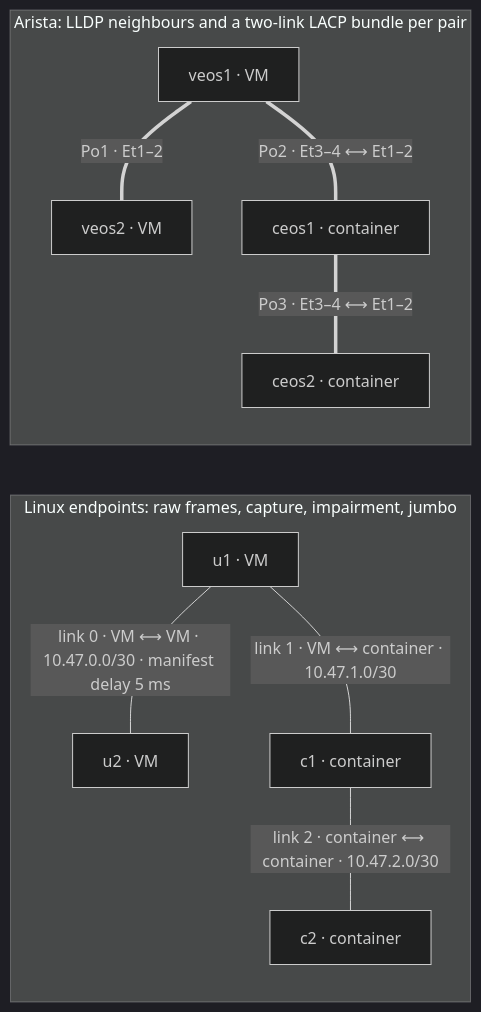
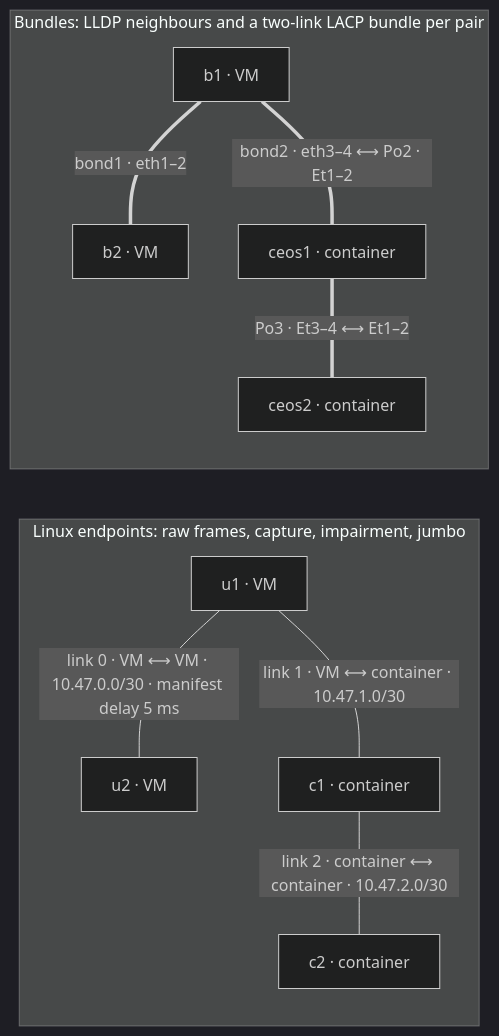
One commit to bwks/sherpa changed the diagram in tests/labs/p2p-links/README.md. Above: the diagram before and after it, drawn with Mermaid (dark theme). The commit also changed other lines of this file and 12 other files, not shown here.

````diff
--- a/tests/labs/p2p-links/README.md
+++ b/tests/labs/p2p-links/README.md
@@ -14,21 +18,21 @@
 ```mermaid
 flowchart LR
     subgraph linux["Linux endpoints: raw frames, capture, impairment, jumbo"]
         u1["u1 · VM"]
         u2["u2 · VM"]
         c1["c1 · container"]
         c2["c2 · container"]
         u1 ---|"link 0 · VM ⟷ VM · 10.47.0.0/30 · manifest delay 5 ms"| u2
         u1 ---|"link 1 · VM ⟷ container · 10.47.1.0/30"| c1
         c1 ---|"link 2 · container ⟷ container · 10.47.2.0/30"| c2
     end
-    subgraph arista["Arista: LLDP neighbours and a two-link LACP bundle per pair"]
-        veos1["veos1 · VM"]
-        veos2["veos2 · VM"]
+    subgraph bundles["Bundles: LLDP neighbours and a two-link LACP bundle per pair"]
+        b1["b1 · VM"]
+        b2["b2 · VM"]
         ceos1["ceos1 · container"]
         ceos2["ceos2 · container"]
-        veos1 ===|"Po1 · Et1–2"| veos2
-        veos1 ===|"Po2 · Et3–4 ⟷ Et1–2"| ceos1
+        b1 ===|"bond1 · eth1–2"| b2
+        b1 ===|"bond2 · eth3–4 ⟷ Po2 · Et1–2"| ceos1
         ceos1 ===|"Po3 · Et3–4 ⟷ Et1–2"| ceos2
     end
 ```
````
